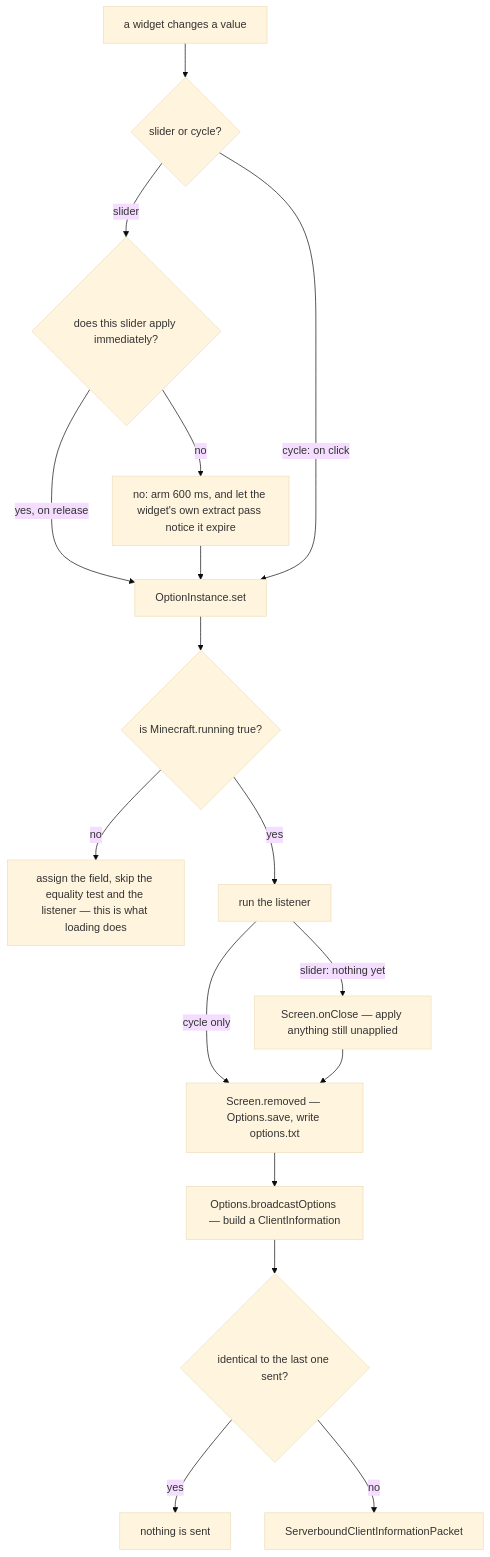
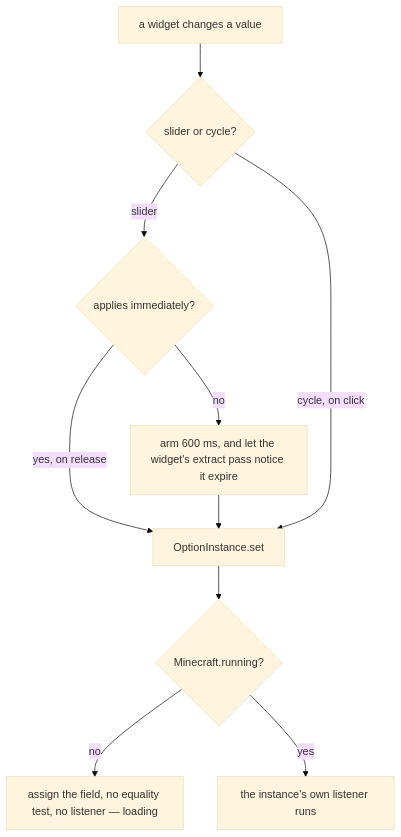
The first of 2 diagrams in src/systems/client/options.md (AlexanderjFraser/MinecraftDocs), drawn with Mermaid (base theme) before and after one commit. The commit also changed other lines of this file and 18 other files, not shown here.

````diff
--- a/src/systems/client/options.md
+++ b/src/systems/client/options.md
@@ -36,31 +36,19 @@
 ```mermaid
 flowchart TD
     CHANGE["a widget changes a value"]
     KIND{"slider or cycle?"}
-    IMMED{"does this slider apply immediately?"}
-    ARM["no: arm 600 ms, and let the widget's own extract pass notice it expire"]
+    IMMED{"applies immediately?"}
+    ARM["arm 600 ms, and let the widget's extract pass notice it expire"]
     SET["OptionInstance.set"]
-    RUNNING{"is Minecraft.running true?"}
-    SILENT["assign the field, skip the equality test and the listener — this is what loading does"]
-    LISTEN["run the listener"]
-    CLOSE["Screen.onClose — apply anything still unapplied"]
-    REMOVED["Screen.removed — Options.save, write options.txt"]
-    BCAST["Options.broadcastOptions — build a ClientInformation"]
-    SAME{"identical to the last one sent?"}
-    SEND["ServerboundClientInformationPacket"]
-    NOTHING["nothing is sent"]
+    RUNNING{"Minecraft.running?"}
+    SILENT["assign the field, no equality test, no listener — loading"]
+    LISTEN["the instance's own listener runs"]
     CHANGE --> KIND
     KIND -- "slider" --> IMMED
     IMMED -- "yes, on release" --> SET
     IMMED -- "no" --> ARM --> SET
-    KIND -- "cycle: on click" --> SET
+    KIND -- "cycle, on click" --> SET
     SET --> RUNNING
     RUNNING -- "no" --> SILENT
     RUNNING -- "yes" --> LISTEN
-    LISTEN -- "cycle only" --> REMOVED
-    LISTEN -- "slider: nothing yet" --> CLOSE
-    CLOSE --> REMOVED
-    REMOVED --> BCAST --> SAME
-    SAME -- "yes" --> NOTHING
-    SAME -- "no" --> SEND
 ```
````
